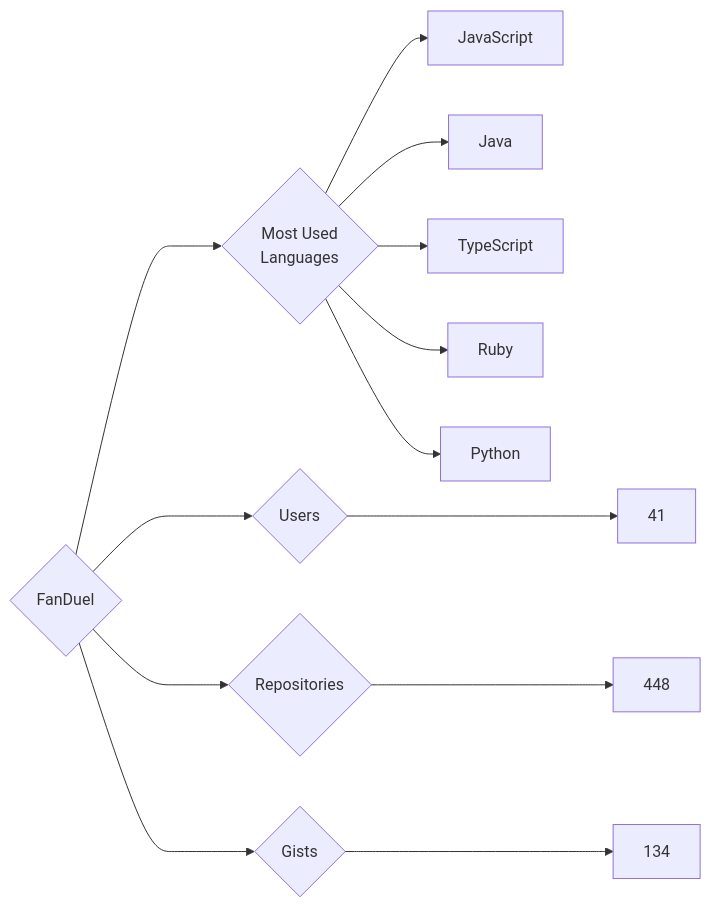
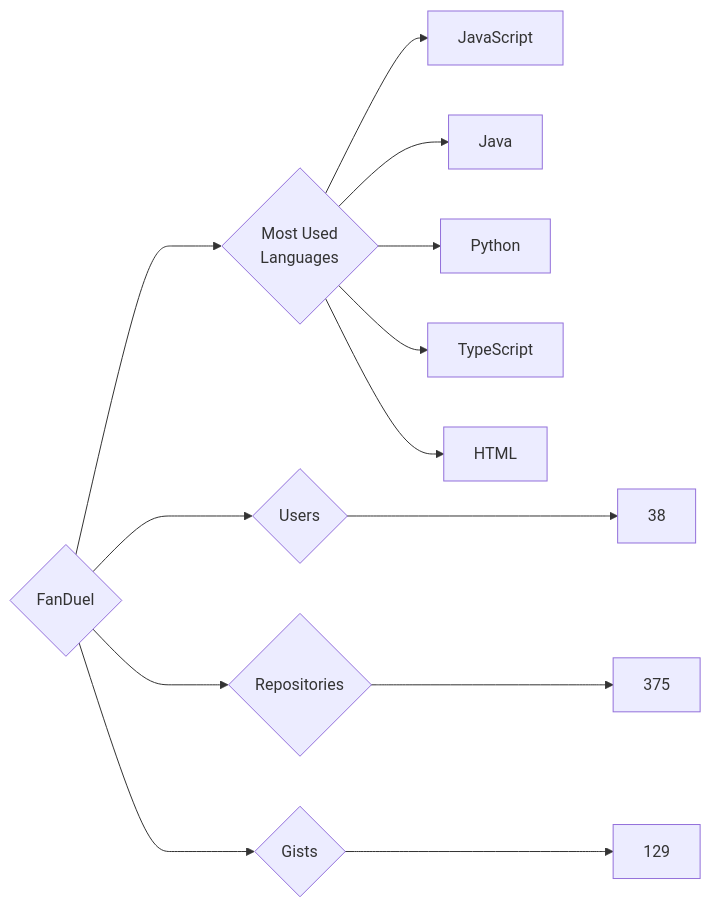
The diagram in targets/FanDuel/README.md (trickest/insiders), drawn with Mermaid before and after one commit. The commit also changed 924 other files, not shown here.

````diff
--- a/targets/FanDuel/README.md
+++ b/targets/FanDuel/README.md
@@ -3,13 +3,13 @@
 ```mermaid
 graph LR
 COMPANY_NAME{FanDuel}
-COMPANY_NAME ---> U{Users} ---> UN[41]
-COMPANY_NAME ---> R{Repositories} ---> RN[448]
-COMPANY_NAME ---> G{Gists} ---> GN[134]
+COMPANY_NAME ---> U{Users} ---> UN[38]
+COMPANY_NAME ---> R{Repositories} ---> RN[375]
+COMPANY_NAME ---> G{Gists} ---> GN[129]
 COMPANY_NAME ---> ML{Most Used<br>Languages}
 ML --> JavaScript[JavaScript]
 ML --> Java[Java]
+ML --> Python[Python]
 ML --> TypeScript[TypeScript]
-ML --> Ruby[Ruby]
-ML --> Python[Python]
+ML --> HTML[HTML]
 ```
````
